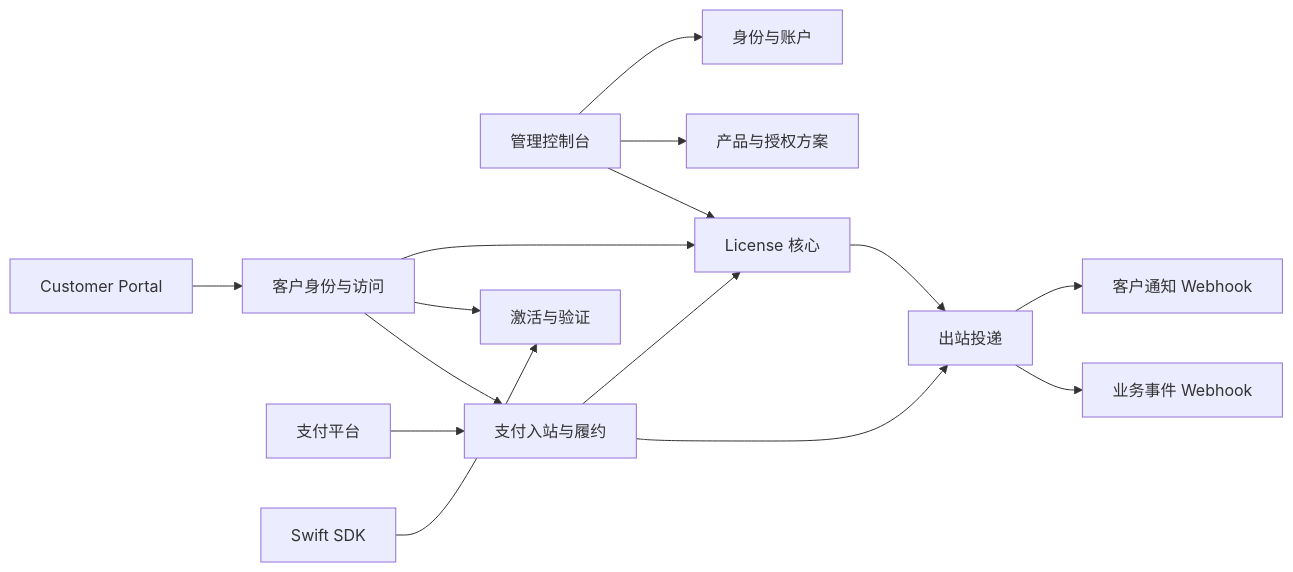
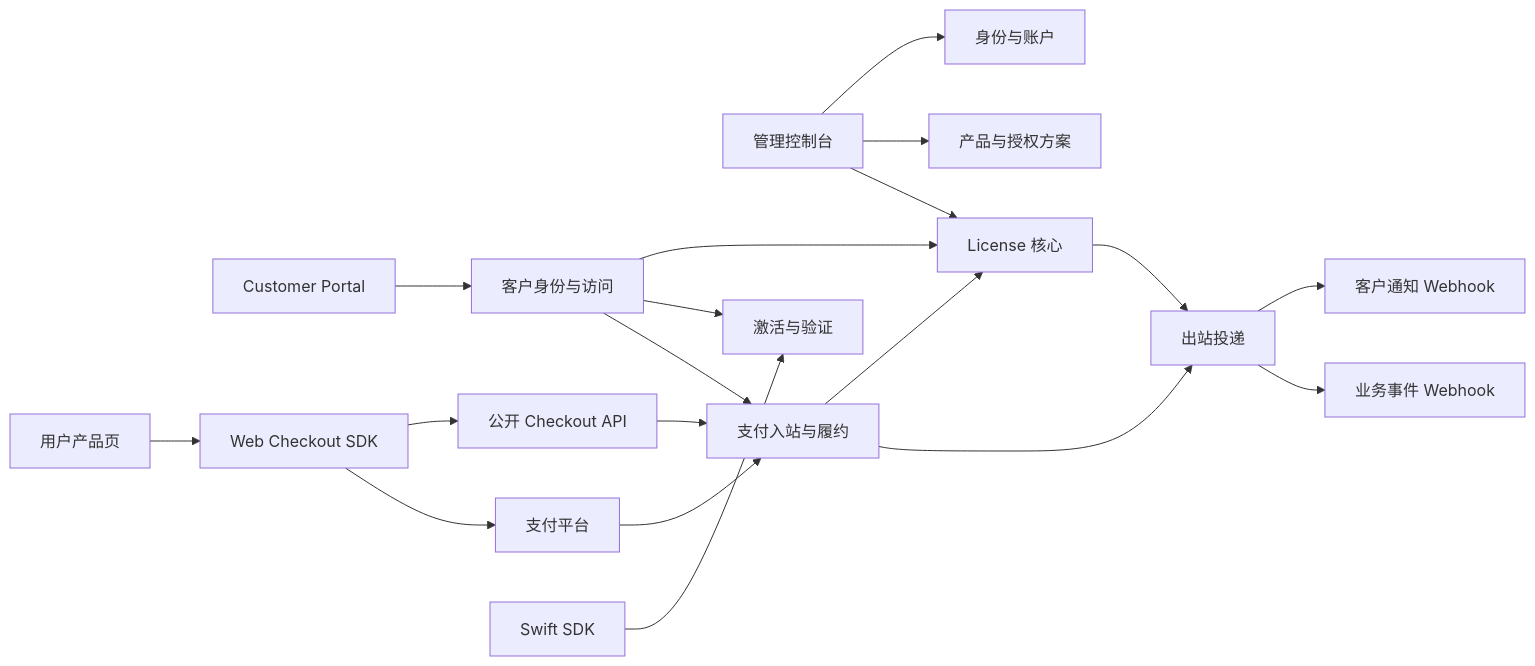
The diagram in docs/zh-CN/03-system-architecture.md (LicenKit/licenkit), drawn with Mermaid before and after one commit. The commit also changed other lines of this file and 166 other files, not shown here.

Commit message:
Refactor to v1 architecture with billing, checkout SDK, customer portal, and domain-driven structure

````diff
--- a/docs/zh-CN/03-system-architecture.md
+++ b/docs/zh-CN/03-system-architecture.md
@@ -9,17 +9,21 @@
 ```mermaid
 flowchart LR
     Admin[管理控制台] --> Identity[身份与账户]
     Admin --> Catalog[产品与授权方案]
     Admin --> LicenseCore[License 核心]
     Customer[Customer Portal] --> CustomerAccess[客户身份与访问]
     CustomerAccess --> LicenseCore
     CustomerAccess --> Activation[激活与验证]
     Payment[支付平台] --> Billing[支付入站与履约]
     CustomerAccess --> Billing
+    ProductPage[用户产品页] --> WebCheckout[Web Checkout SDK]
+    WebCheckout --> PublicCheckout[公开 Checkout API]
+    PublicCheckout --> Billing
+    WebCheckout --> Payment
     Billing --> LicenseCore
     SDK[Swift SDK] --> Activation
     Billing --> Outbound[出站投递]
     LicenseCore --> Outbound
     Outbound --> Notify[客户通知 Webhook]
     Outbound --> Events[业务事件 Webhook]
 ```
````
